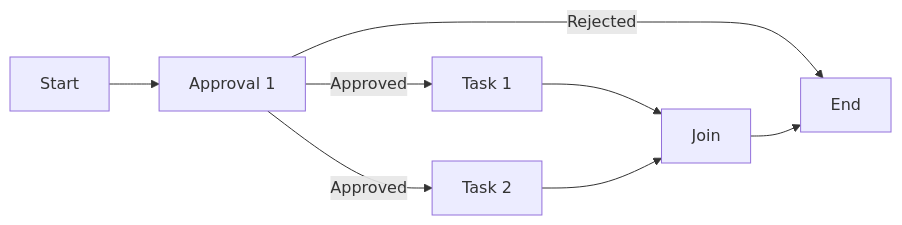
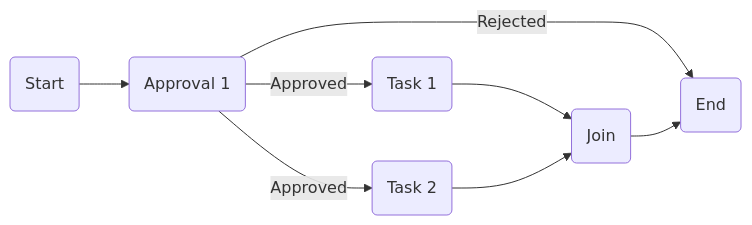
Before and after one commit to jacebenson/workflow: the diagram in public/mmd/1-approval-2-task-parallel.mmd, drawn with Mermaid. The commit also changed 9 other files, not shown here.

```diff
--- a/public/mmd/1-approval-2-task-parallel.mmd
+++ b/public/mmd/1-approval-2-task-parallel.mmd
@@ -1,15 +1,15 @@
 graph LR
-  S0[Start]
-  A1[Approval 1]
-  T1[Task 1]
-  T2[Task 2]
-  J0[Join]
-  E0[End]
+  S0(Start)
+  A1(Approval 1)
+  T1(Task 1)
+  T2(Task 2)
+  J0(Join)
+  E0(End)
   
   S0-->A1
   A1--Rejected-->E0
   A1--Approved-->T1
   A1--Approved-->T2
   T1-->J0
   T2-->J0
   J0-->E0
```
